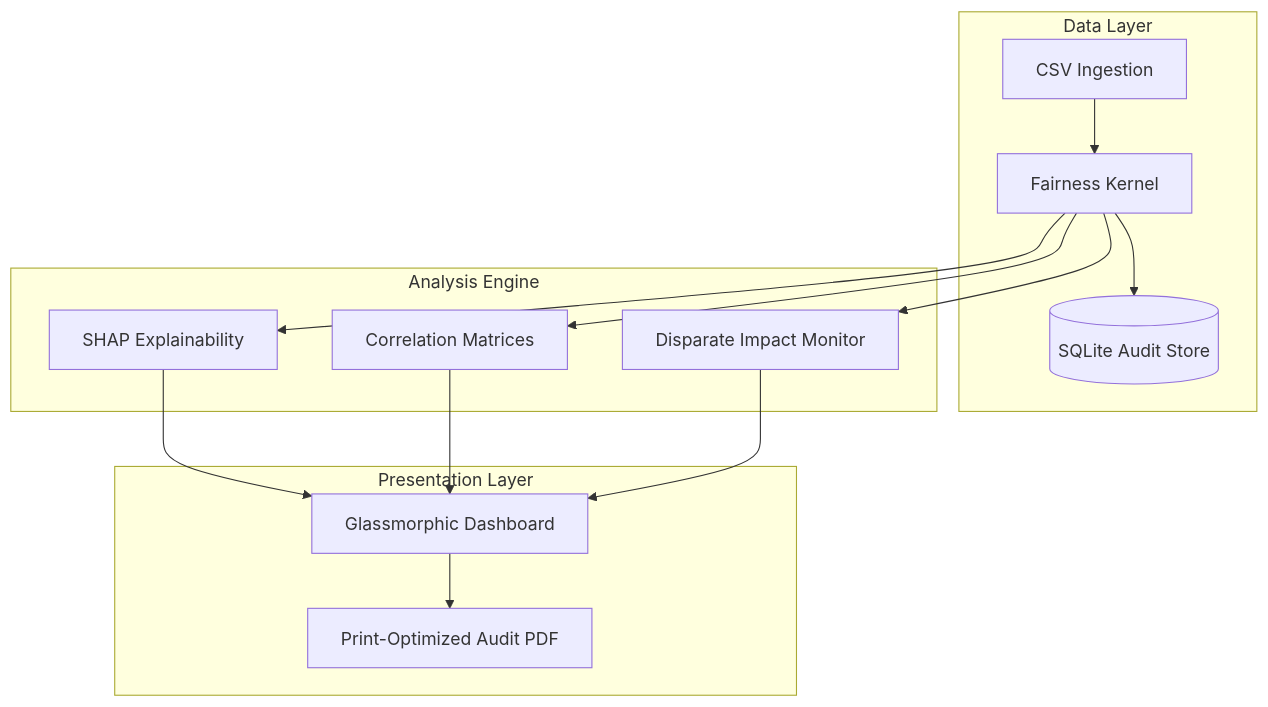
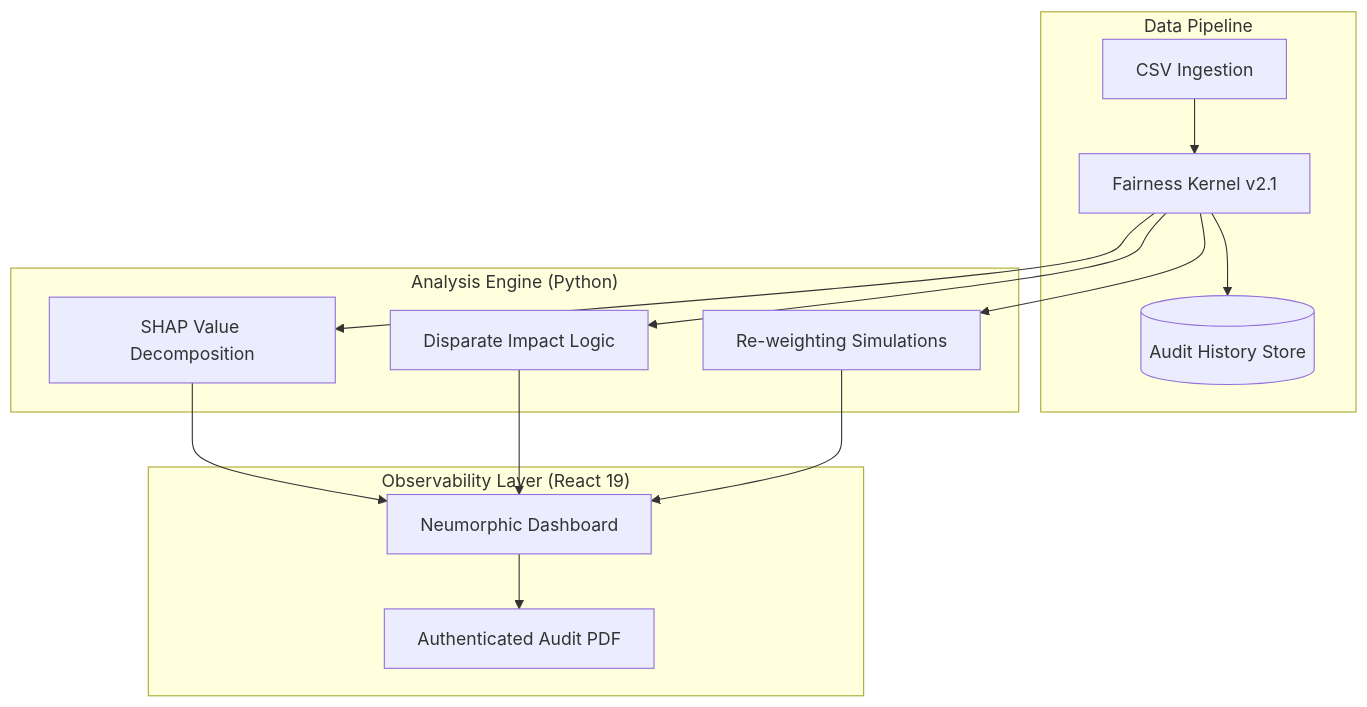
One commit to CREATORRADHEY/AEQUITAS-AI changed the diagram in README.md. Above: the diagram before and after it, drawn with Mermaid. The commit also changed other lines of this file and 9 other files, not shown here.

````diff
--- a/README.md
+++ b/README.md
@@ -14,20 +40,20 @@
 ```mermaid
 graph TD
-    subgraph "Data Layer"
-        CSV[CSV Ingestion] --> Engine[Fairness Kernel]
-        Engine --> DB[(SQLite Audit Store)]
+    subgraph "Data Pipeline"
+        CSV[CSV Ingestion] --> Kernel[Fairness Kernel v2.1]
+        Kernel --> Store[(Audit History Store)]
     end
 
-    subgraph "Analysis Engine"
-        Engine --> SHAP[SHAP Explainability]
-        Engine --> Corr[Correlation Matrices]
-        Engine --> DI[Disparate Impact Monitor]
+    subgraph "Analysis Engine (Python)"
+        Kernel --> SHAP[SHAP Value Decomposition]
+        Kernel --> Stats[Disparate Impact Logic]
+        Kernel --> Rewe[Re-weighting Simulations]
     end
 
-    subgraph "Presentation Layer"
-        SHAP --> Dash[Glassmorphic Dashboard]
-        Corr --> Dash
-        DI --> Dash
-        Dash --> PDF[Print-Optimized Audit PDF]
+    subgraph "Observability Layer (React 19)"
+        SHAP --> UI[Neumorphic Dashboard]
+        Stats --> UI
+        Rewe --> UI
+        UI --> PDF[Authenticated Audit PDF]
     end
 ```
````
